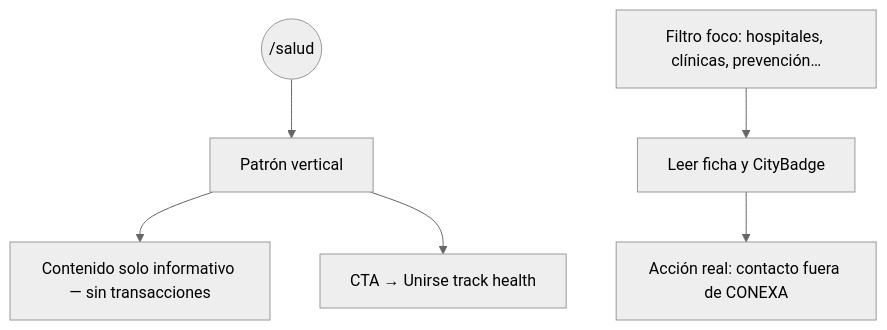
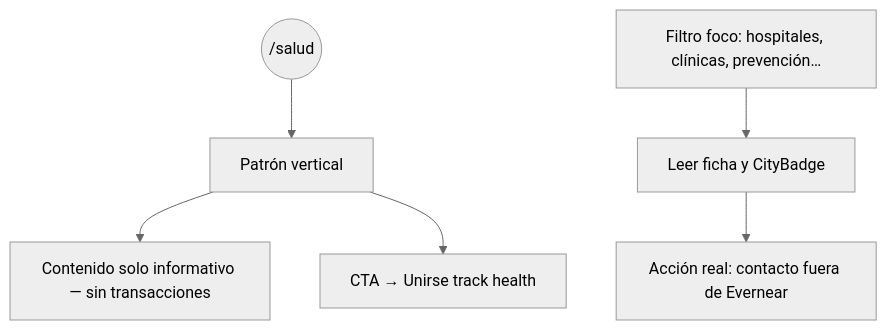
Before and after one commit to evernear-ig/evernear-site: the seventh of 28 diagrams in docs/mapas-decision-rutas.md, drawn with Mermaid (neutral theme). The commit also changed other lines of this file and 264 other files, not shown here.

First line of the commit message:
Rebrand codebase from Trinexus/CONEXA to Evernear.

````diff
--- a/docs/mapas-decision-rutas.md
+++ b/docs/mapas-decision-rutas.md
@@ -148,8 +148,8 @@
 ```mermaid
 flowchart TD
   Start((/salud)) --> Shared["Patrón vertical"]
   Shared --> Info["Contenido solo informativo — sin transacciones"]
   Cat["Filtro foco: hospitales, clínicas, prevención…"] --> Read["Leer ficha y CityBadge"]
   Shared --> Join["CTA → Unirse track health"]
-  Read --> Ext["Acción real: contacto fuera de CONEXA"]
+  Read --> Ext["Acción real: contacto fuera de Evernear"]
 ```
````
